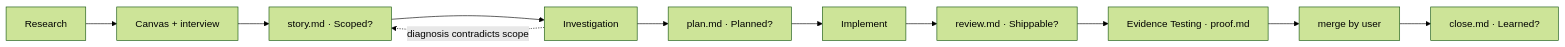
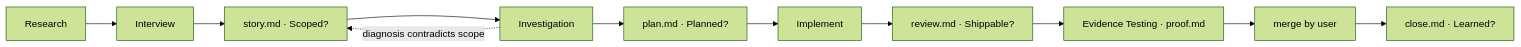
One commit to alexradunet/forge-engineering changed the diagram in plugins/forge/skills/ticket/SKILL.md. Above: the diagram before and after it, drawn with Mermaid (forest theme). The commit also changed other lines of this file and 62 other files, not shown here.

````diff
--- a/plugins/forge/skills/ticket/SKILL.md
+++ b/plugins/forge/skills/ticket/SKILL.md
@@ -86,6 +86,6 @@
 ```mermaid
 flowchart LR
-  S[Research] --> A[Canvas + interview] --> SC[story.md · Scoped?] --> D[Investigation] --> P[plan.md · Planned?]
+  S[Research] --> A[Interview] --> SC[story.md · Scoped?] --> D[Investigation] --> P[plan.md · Planned?]
   P --> I[Implement] --> R[review.md · Shippable?] --> E[Evidence Testing · proof.md] --> M[merge by user] --> C[close.md · Learned?]
   D -. diagnosis contradicts scope .-> SC
 ```
````
